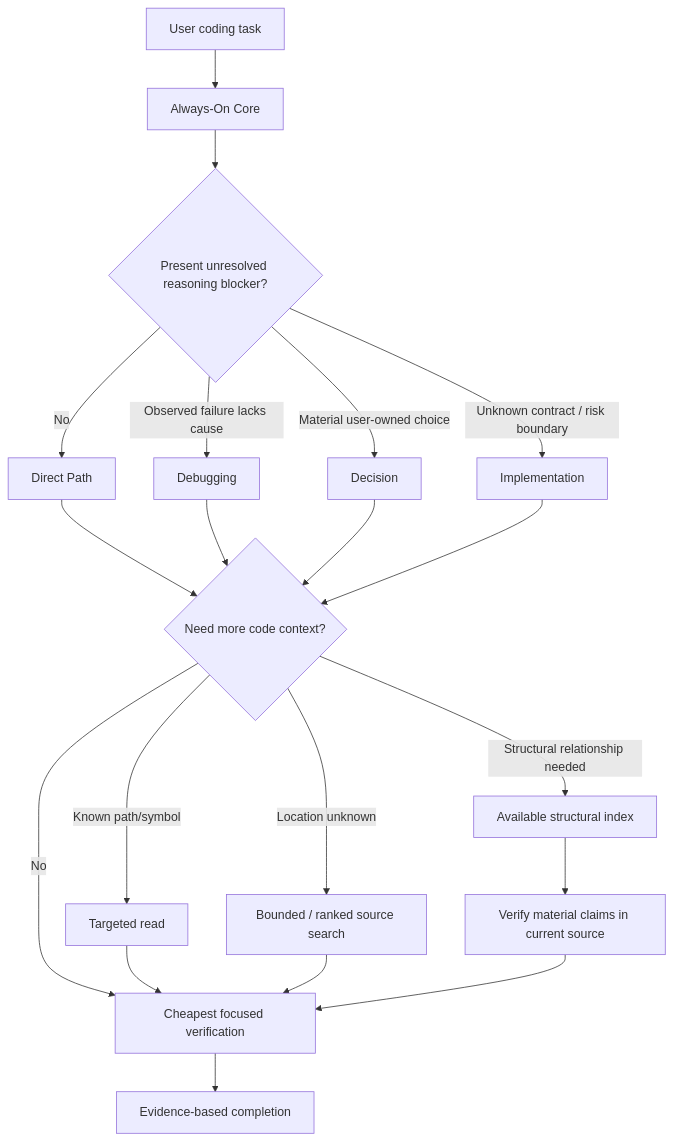
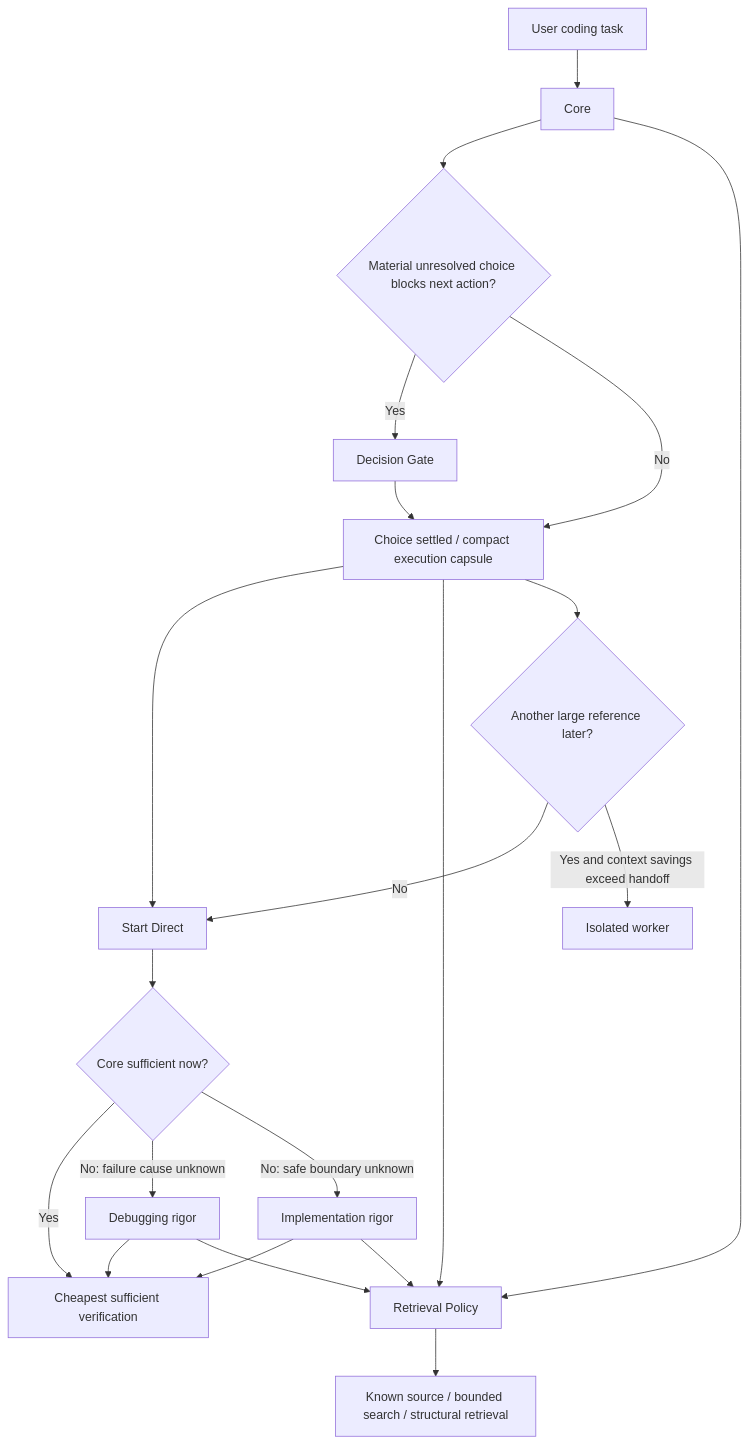
The diagram in README.md (Hubujiu/practical-coding), drawn with Mermaid before and after one commit. The commit also changed other lines of this file, not shown here.

Commit message:
docs: present v1.3 adaptive rigor architecture

````diff
--- a/README.md
+++ b/README.md
@@ -50,25 +31,26 @@
 ```mermaid
 flowchart TB
-    T[User coding task] --> C[Always-On Core]
-    C --> E{Present unresolved reasoning blocker?}
-    E -->|No| D[Direct Path]
-    E -->|Observed failure lacks cause| G[Debugging]
-    E -->|Material user-owned choice| A[Decision]
-    E -->|Unknown contract / risk boundary| I[Implementation]
+    T[User coding task] --> C[Core]
+    C --> D{Material unresolved choice blocks next action?}
+    D -->|Yes| Q[Decision Gate]
+    Q --> C2[Choice settled / compact execution capsule]
+    D -->|No| C2
 
-    D --> R{Need more code context?}
+    C2 --> E[Start Direct]
+    E --> S{Core sufficient now?}
+    S -->|Yes| V[Cheapest sufficient verification]
+    S -->|No: failure cause unknown| G[Debugging rigor]
+    S -->|No: safe boundary unknown| I[Implementation rigor]
+    G --> V
+    I --> V
+
+    C --> R[Retrieval Policy]
+    C2 --> R
     G --> R
-    A --> R
     I --> R
+    R --> K[Known source / bounded search / structural retrieval]
 
-    R -->|No| V[Cheapest focused verification]
-    R -->|Known path/symbol| K[Targeted read]
-    R -->|Location unknown| S[Bounded / ranked source search]
-    R -->|Structural relationship needed| X[Available structural index]
-
-    K --> V
-    S --> V
-    X --> Q[Verify material claims in current source]
-    Q --> V
-    V --> O[Evidence-based completion]
+    C2 --> X{Another large reference later?}
+    X -->|No| E
+    X -->|Yes and context savings exceed handoff| W[Isolated worker]
 ```
````
